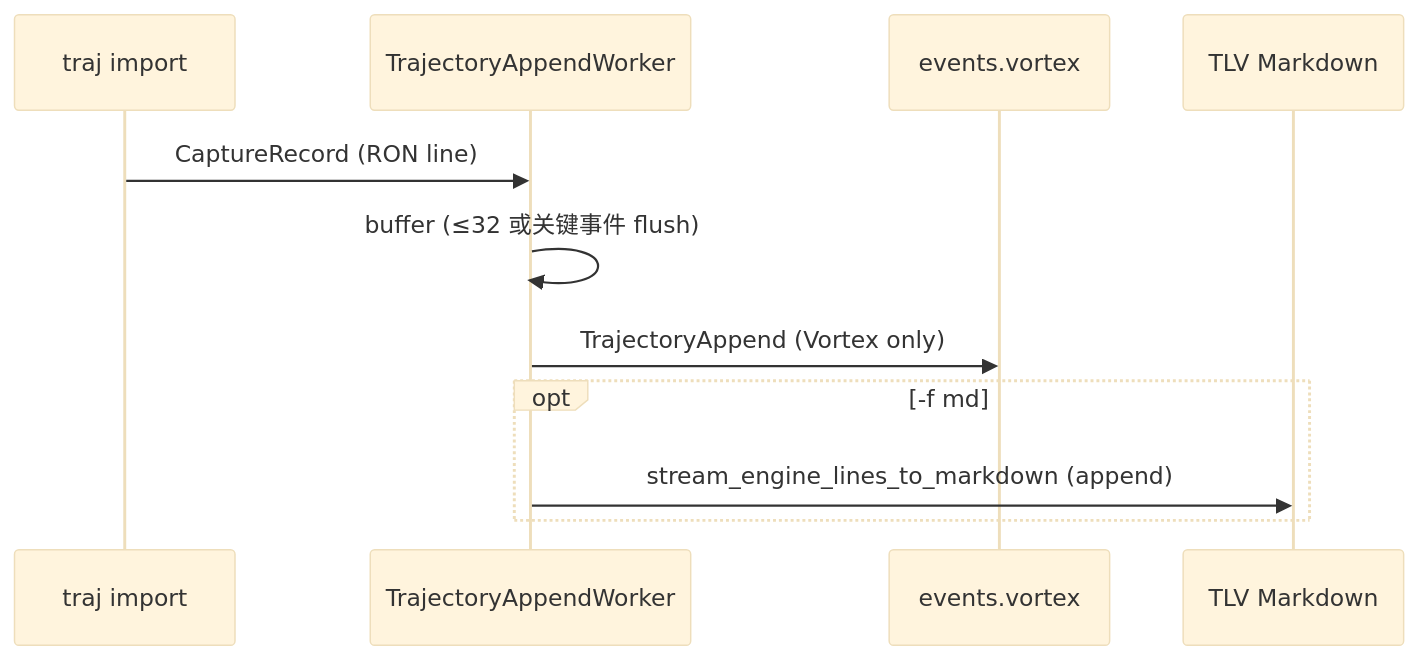
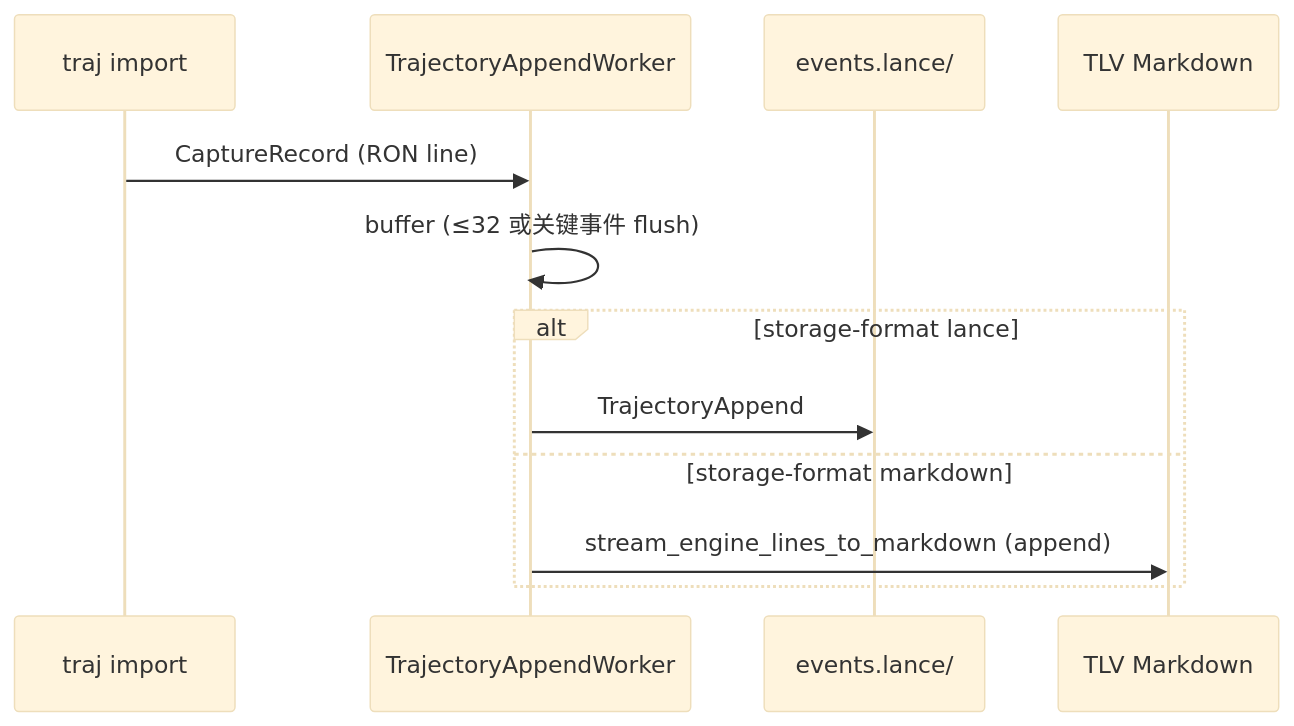
Before and after one commit to DeepLink-org/Persisting: the fourth of 6 diagrams in docs/src/design/trajectory.md, drawn with Mermaid (base theme). The commit also changed other lines of this file and 83 other files, not shown here.

First line of the commit message:
Refactor persisting-capture to replace Vortex references with Lance

````diff
--- a/docs/src/design/trajectory.md
+++ b/docs/src/design/trajectory.md
@@ -157,14 +174,15 @@
 ```mermaid
 sequenceDiagram
     participant Import as traj import
     participant Worker as TrajectoryAppendWorker
-    participant Vortex as events.vortex
+    participant Lance as events.lance/
     participant MD as TLV Markdown
 
     Import->>Worker: CaptureRecord (RON line)
     Worker->>Worker: buffer (≤32 或关键事件 flush)
-    Worker->>Vortex: TrajectoryAppend (Vortex only)
-    opt -f md
+    alt storage-format lance
+        Worker->>Lance: TrajectoryAppend
+    else storage-format markdown
         Worker->>MD: stream_engine_lines_to_markdown (append)
     end
 ```
````
